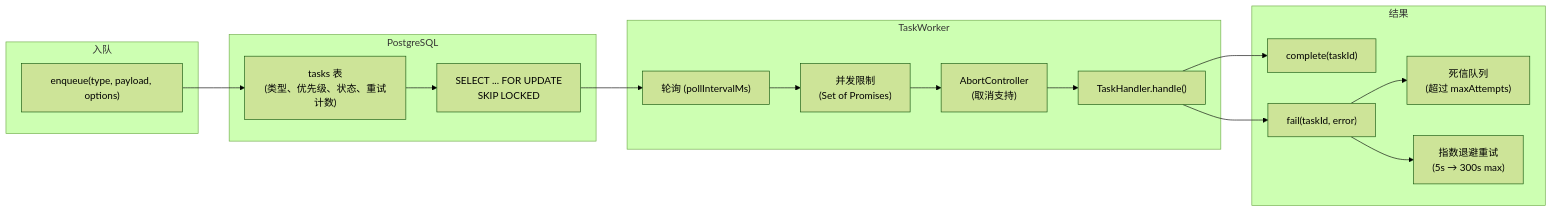
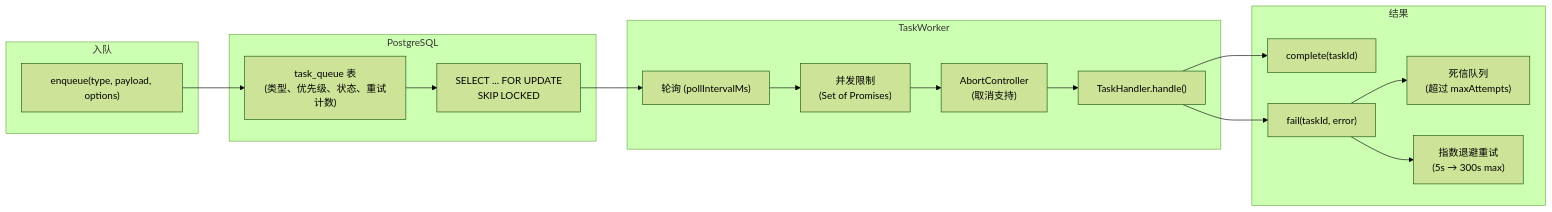
Before and after one commit to pofossette/TrapMap-for-vibing: the second of 6 diagrams in docs/architecture/components/ASYNC_INFRASTRUCTURE.md, drawn with Mermaid (forest theme). The commit also changed other lines of this file and 17 other files, not shown here.

````diff
--- a/docs/architecture/components/ASYNC_INFRASTRUCTURE.md
+++ b/docs/architecture/components/ASYNC_INFRASTRUCTURE.md
@@ -186,36 +186,36 @@
 ```mermaid
 flowchart LR
     subgraph 入队["入队"]
         Enqueue["enqueue(type, payload, options)"]
     end
 
     subgraph PostgreSQL["PostgreSQL"]
-        TasksTable["tasks 表\n(类型、优先级、状态、重试计数)"]
+        TasksTable["task_queue 表\n(类型、优先级、状态、重试计数)"]
         SkipLocked["SELECT ... FOR UPDATE\nSKIP LOCKED"]
     end
 
     subgraph Worker["TaskWorker"]
         Poll["轮询 (pollIntervalMs)"]
         Concurrency["并发限制\n(Set of Promises)"]
         Abort["AbortController\n(取消支持)"]
         Handler["TaskHandler.handle()"]
     end
 
     subgraph 结果["结果"]
         Complete["complete(taskId)"]
         Fail["fail(taskId, error)"]
         DeadLetter["死信队列\n(超过 maxAttempts)"]
         Retry["指数退避重试\n(5s → 300s max)"]
     end
 
     Enqueue --> TasksTable
     TasksTable --> SkipLocked
     SkipLocked --> Poll
     Poll --> Concurrency
     Concurrency --> Abort
     Abort --> Handler
     Handler --> Complete
     Handler --> Fail
     Fail --> Retry
     Fail --> DeadLetter
 ```
````
